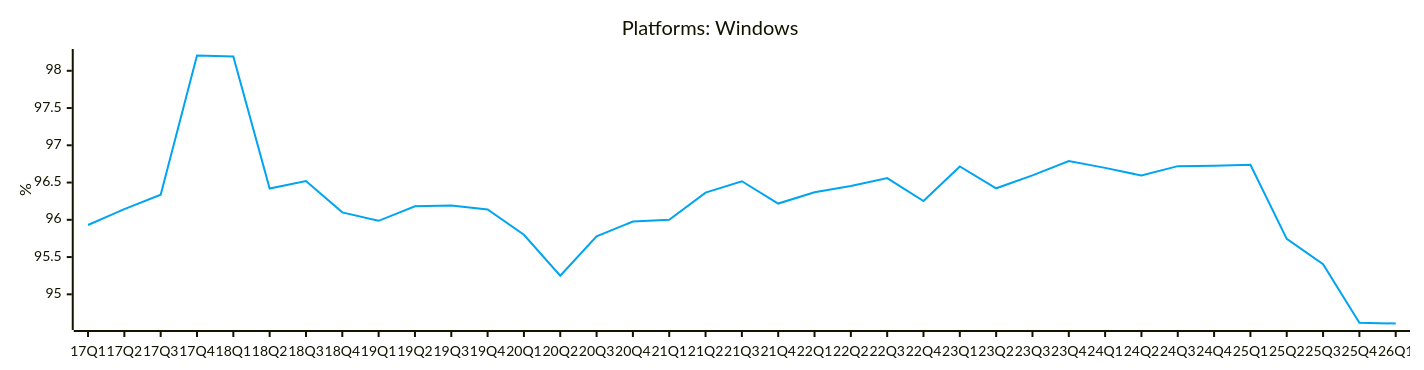
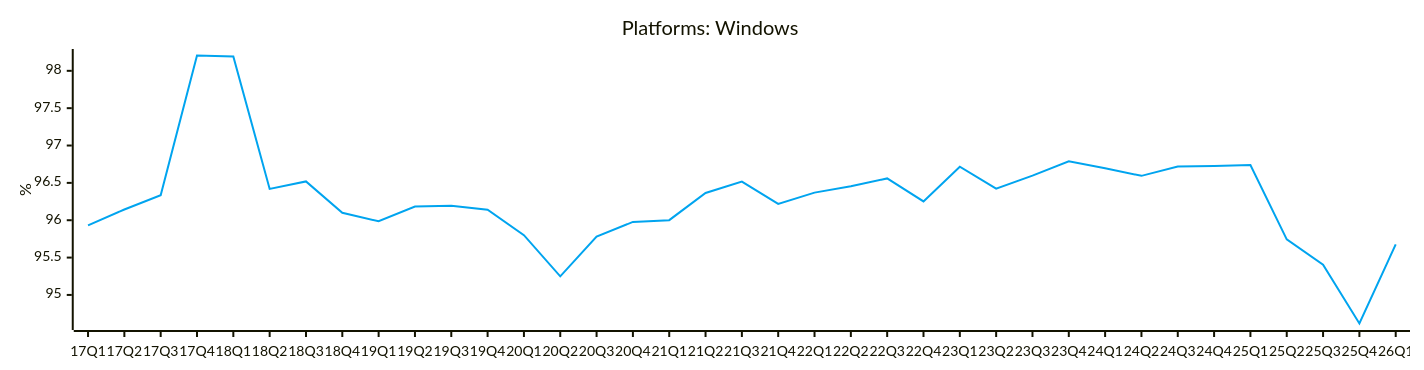
Before and after one commit to jdegene/steamHWsurvey: diagram 13 of 31 in README.md, drawn with Mermaid. The commit also changed other lines of this file and 3 other files, not shown here.

````diff
--- a/README.md
+++ b/README.md
@@ -432,19 +444,19 @@
 ```mermaid
 ---
 config:
     xyChart:
         width: 1400
         height: 350
         
     themeVariables:
         xyChart:
             plotColorPalette: "#00A4EF"
 
 --- 
 
 xychart-beta
     title "Platforms: Windows"
     x-axis [17Q1, 17Q2, 17Q3, 17Q4, 18Q1, 18Q2, 18Q3, 18Q4, 19Q1, 19Q2, 19Q3, 19Q4, 20Q1, 20Q2, 20Q3, 20Q4, 21Q1, 21Q2, 21Q3, 21Q4, 22Q1, 22Q2, 22Q3, 22Q4, 23Q1, 23Q2, 23Q3, 23Q4, 24Q1, 24Q2, 24Q3, 24Q4, 25Q1, 25Q2, 25Q3, 25Q4, 26Q1]
     y-axis "%" 
-    line [95.93077157802871, 96.14358153189218, 96.33579735211399, 98.2051556994227, 98.19224868254287, 96.41927606149704, 96.5195047886008, 96.09970461570235, 95.98653029864667, 96.18231901638656, 96.1924850487725, 96.13973260690635, 95.79966074962071, 95.24887243795703, 95.77968082937306, 95.97729984600053, 96.00093389366951, 96.36449601365037, 96.51791074644787, 96.21786476146109, 96.36945418071323, 96.45358462278665, 96.559659973536, 96.25178127450454, 96.71672771330697, 96.42300386215726, 96.5964455674196, 96.78761180751577, 96.69704930026714, 96.59410712782618, 96.7203836591232, 96.72614773948945, 96.73812324746858, 95.74425762677885, 95.4048291732717, 94.61750116087791, 94.60838251475442]
+    line [95.93077157802871, 96.14358153189218, 96.33579735211399, 98.2051556994227, 98.19224868254287, 96.41927606149704, 96.5195047886008, 96.09970461570235, 95.98653029864667, 96.18231901638656, 96.19248504877248, 96.13973260690635, 95.79966074962071, 95.24887243795703, 95.77968082937306, 95.97729984600053, 96.00093389366951, 96.3644960136504, 96.51791074644787, 96.2178647614611, 96.36945418071323, 96.45358462278666, 96.559659973536, 96.25178127450455, 96.71672771330697, 96.42300386215724, 96.59644556741958, 96.78761180751577, 96.69704930026714, 96.59410712782618, 96.72038365912319, 96.72614773948945, 96.73812324746858, 95.74425762677885, 95.4048291732717, 94.61750116087791, 95.67642405313]
 ``` 
````
